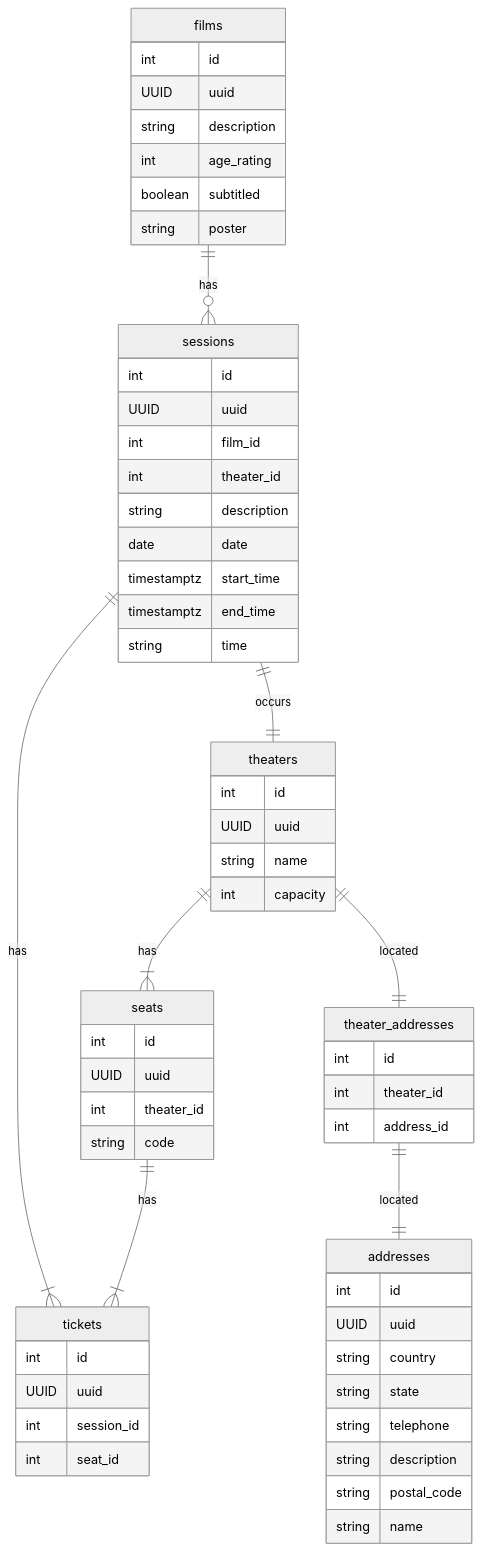
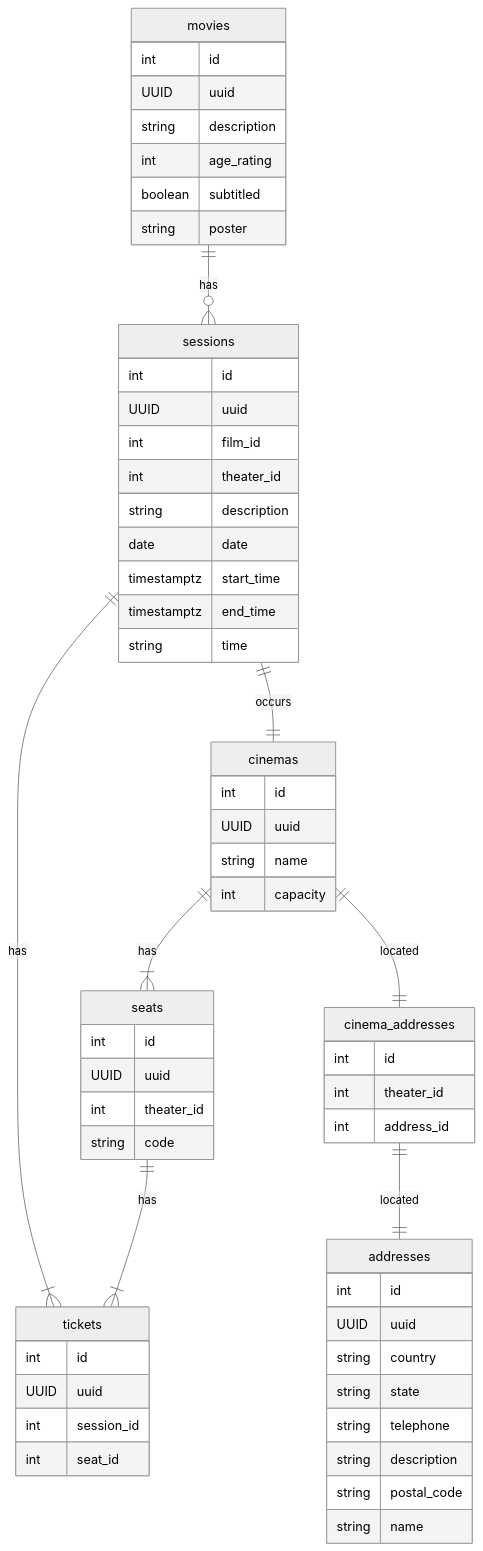
One commit to jtonynet/cine-catalogo changed the second of 2 diagrams in README.md. Above: the diagram before and after it, drawn with Mermaid (neutral theme). The commit also changed other lines of this file and 2 other files, not shown here.

Commit message:
fix: readme and ADR 002

````diff
--- a/README.md
+++ b/README.md
@@ -150,63 +150,63 @@
 ```mermaid
 erDiagram 
-    films {
+    movies {
         int id
         UUID uuid
         string description
         int age_rating
         boolean subtitled
         string poster
     }
     sessions {
         int id
         UUID uuid
         int film_id
         int theater_id
         string description
         date date
         timestamptz start_time
         timestamptz end_time
         string time
     }
-    theaters {
+    cinemas {
         int id
         UUID uuid
         string name
         int capacity
     }
     seats {
         int id
         UUID uuid
         int theater_id
         string code
     }
     tickets {
         int id
         UUID uuid
         int session_id
         int seat_id
     }
     addresses {
         int id
         UUID uuid
         string country
         string state
         string telephone
         string description
         string postal_code
         string name
     }
-    theater_addresses {
+    cinema_addresses {
         int id
         int theater_id
         int address_id
     }
 
-    films ||--o{ sessions : has
-    sessions ||--|| theaters : occurs
-    theaters ||--|{ seats : has
+    movies ||--o{ sessions : has
+    sessions ||--|| cinemas : occurs
+    cinemas ||--|{ seats : has
     sessions ||--|{ tickets : has
     seats ||--|{ tickets : has
-    theaters ||--|| theater_addresses : located
-    theater_addresses ||--|| addresses : located
+    cinemas ||--|| cinema_addresses : located
+    cinema_addresses ||--|| addresses : located
 ```
````
